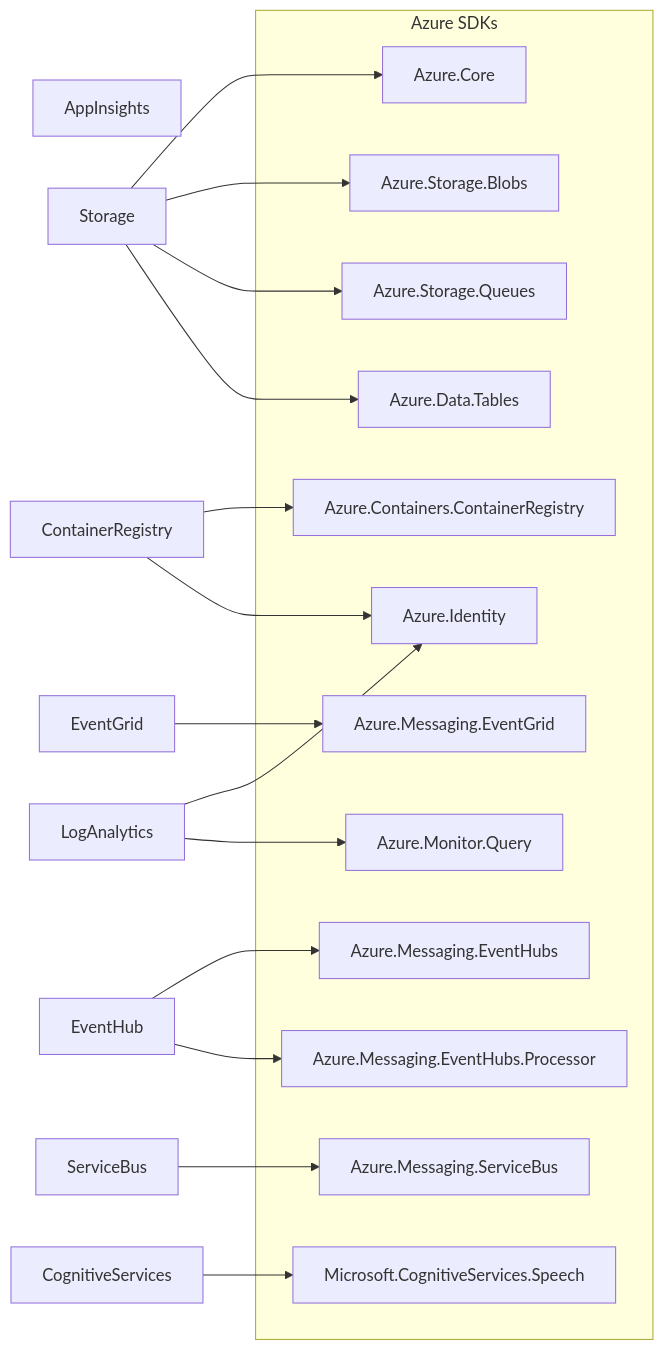
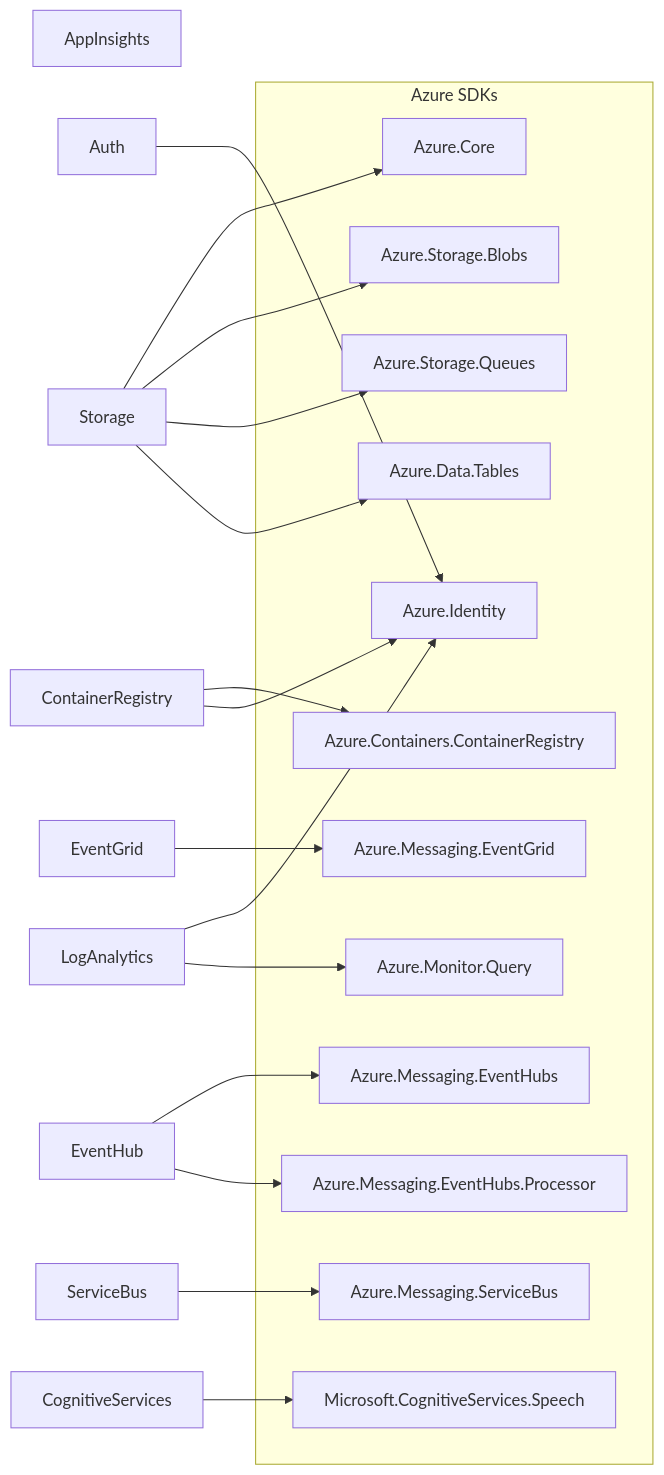
The second of 3 diagrams in README.md (f2calv/CasCap.Api.Azure), drawn with Mermaid before and after one commit. The commit also changed other lines of this file and 1 other file, not shown here.

````diff
--- a/README.md
+++ b/README.md
@@ -114,32 +122,33 @@
 ```mermaid
 graph LR
     subgraph "Azure SDKs"
         AzCore["Azure.Core"]
         AzIdentity["Azure.Identity"]
         AzBlobs["Azure.Storage.Blobs"]
         AzQueues["Azure.Storage.Queues"]
         AzTables["Azure.Data.Tables"]
         AzEG["Azure.Messaging.EventGrid"]
         AzEH["Azure.Messaging.EventHubs"]
         AzEHP["Azure.Messaging.EventHubs.Processor"]
         AzSB["Azure.Messaging.ServiceBus"]
         AzMQ["Azure.Monitor.Query"]
         AzACR["Azure.Containers.ContainerRegistry"]
         CogSpeech["Microsoft.CognitiveServices.Speech"]
     end
 
     AI["AppInsights"]
+    AU["Auth"] --> AzIdentity
     CS["CognitiveServices"] --> CogSpeech
     CR["ContainerRegistry"] --> AzACR
     CR --> AzIdentity
     EG["EventGrid"] --> AzEG
     EH["EventHub"] --> AzEH
     EH --> AzEHP
     LA["LogAnalytics"] --> AzIdentity
     LA --> AzMQ
     SB["ServiceBus"] --> AzSB
     ST["Storage"] --> AzCore
     ST --> AzBlobs
     ST --> AzQueues
     ST --> AzTables
 ```
````
